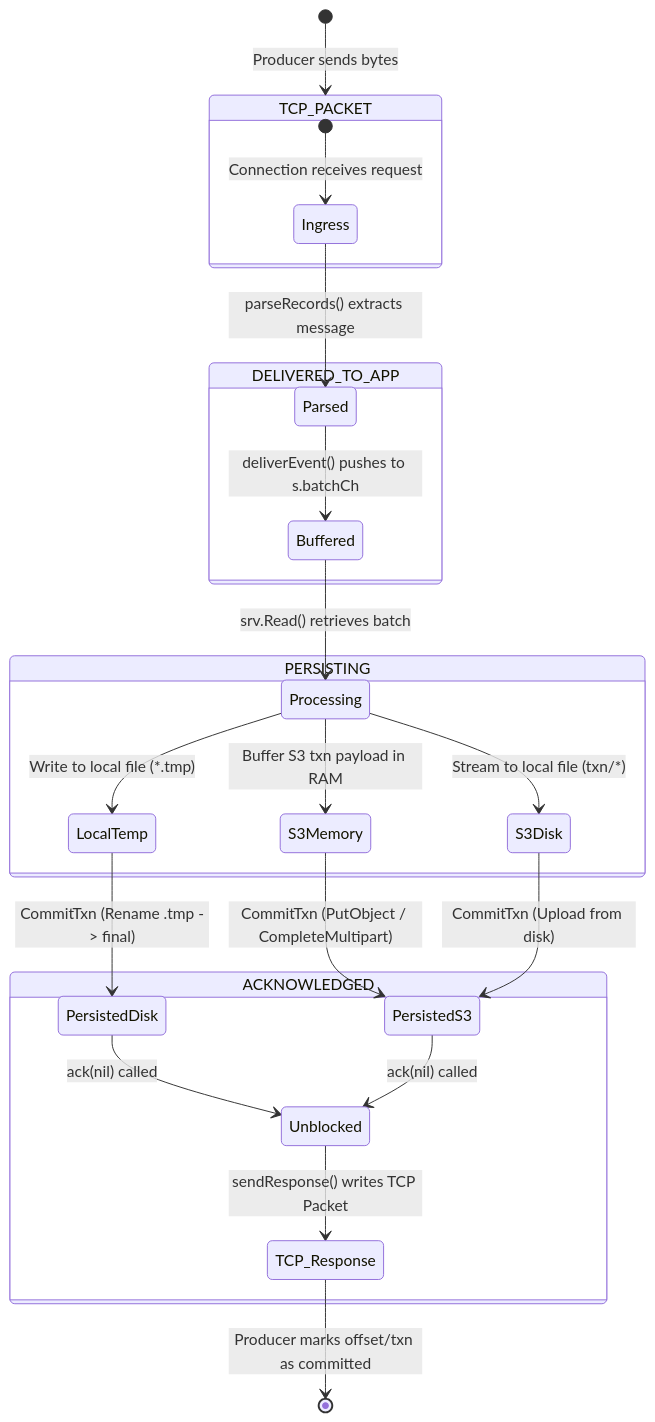
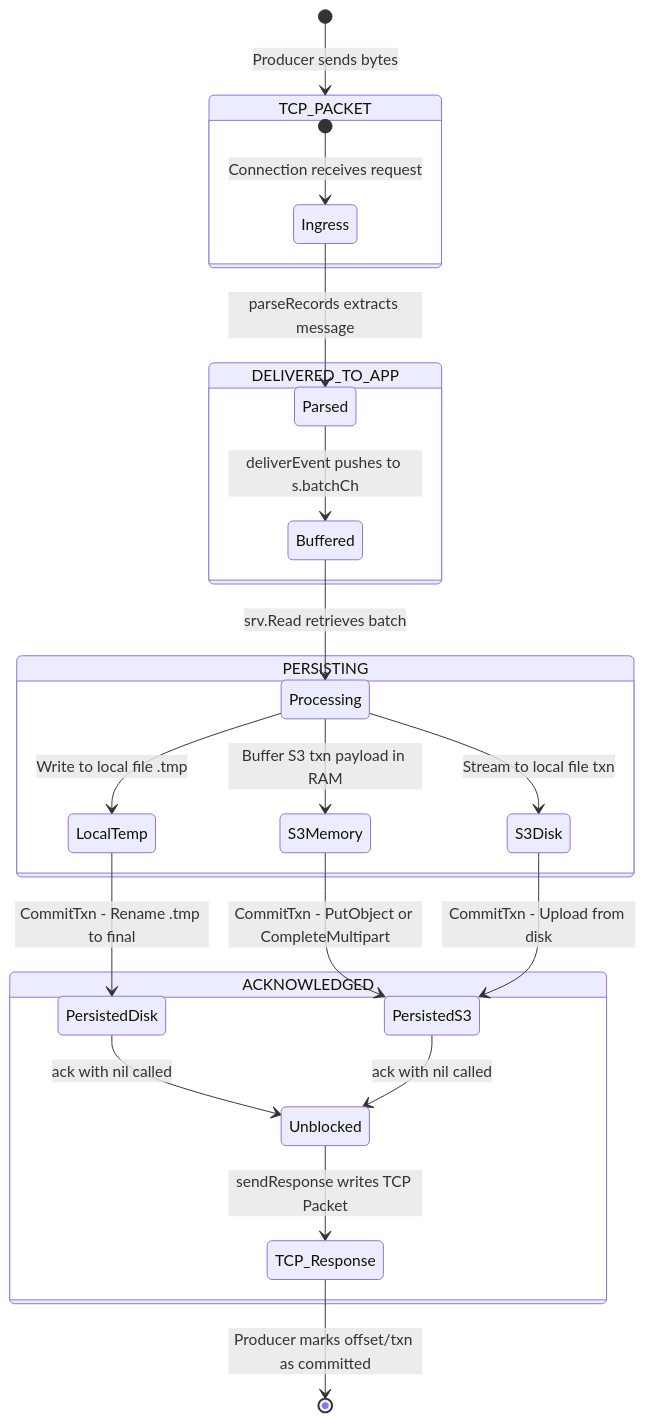
One commit to marre/ksink changed the sixth of 6 diagrams in README.md. Above: the diagram before and after it, drawn with Mermaid. The commit also changed other lines of this file, not shown here.

Commit message:
Fix Mermaid diagram syntax and rendering issues in README.md

````diff
--- a/README.md
+++ b/README.md
@@ -321,31 +321,31 @@
 ```mermaid
 stateDiagram-v2
     [*] --> TCP_PACKET : Producer sends bytes
 
     state TCP_PACKET {
         [*] --> Ingress : Connection receives request
-        Ingress --> Parsed : parseRecords() extracts message
+        Ingress --> Parsed : parseRecords extracts message
     }
 
     state DELIVERED_TO_APP {
-        Parsed --> Buffered : deliverEvent() pushes to s.batchCh
-        Buffered --> Processing : srv.Read() retrieves batch
+        Parsed --> Buffered : deliverEvent pushes to s.batchCh
+        Buffered --> Processing : srv.Read retrieves batch
     }
 
     state PERSISTING {
-        Processing --> LocalTemp : Write to local file (*.tmp)
+        Processing --> LocalTemp : Write to local file .tmp
         Processing --> S3Memory : Buffer S3 txn payload in RAM
-        Processing --> S3Disk : Stream to local file (txn/*)
-        LocalTemp --> PersistedDisk : CommitTxn (Rename .tmp -> final)
-        S3Memory --> PersistedS3 : CommitTxn (PutObject / CompleteMultipart)
-        S3Disk --> PersistedS3 : CommitTxn (Upload from disk)
+        Processing --> S3Disk : Stream to local file txn
+        LocalTemp --> PersistedDisk : CommitTxn - Rename .tmp to final
+        S3Memory --> PersistedS3 : CommitTxn - PutObject or CompleteMultipart
+        S3Disk --> PersistedS3 : CommitTxn - Upload from disk
     }
 
     state ACKNOWLEDGED {
-        PersistedDisk --> Unblocked : ack(nil) called
-        PersistedS3 --> Unblocked : ack(nil) called
-        Unblocked --> TCP_Response : sendResponse() writes TCP Packet
+        PersistedDisk --> Unblocked : ack with nil called
+        PersistedS3 --> Unblocked : ack with nil called
+        Unblocked --> TCP_Response : sendResponse writes TCP Packet
     }
 
     TCP_Response --> [*] : Producer marks offset/txn as committed
 ```
````
